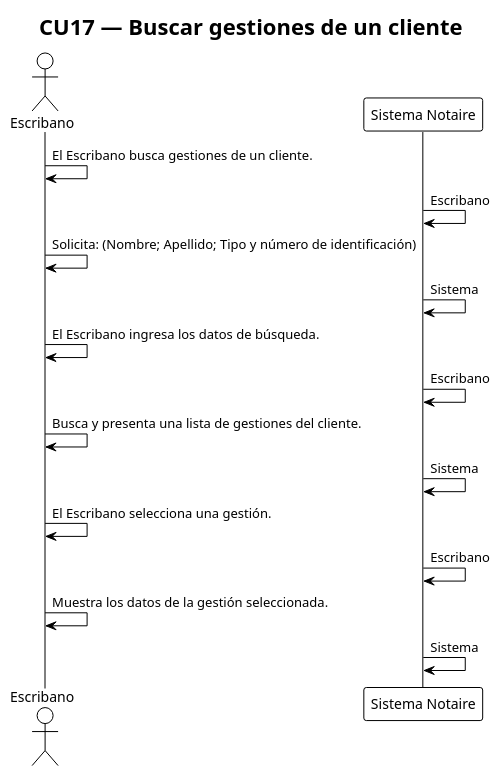
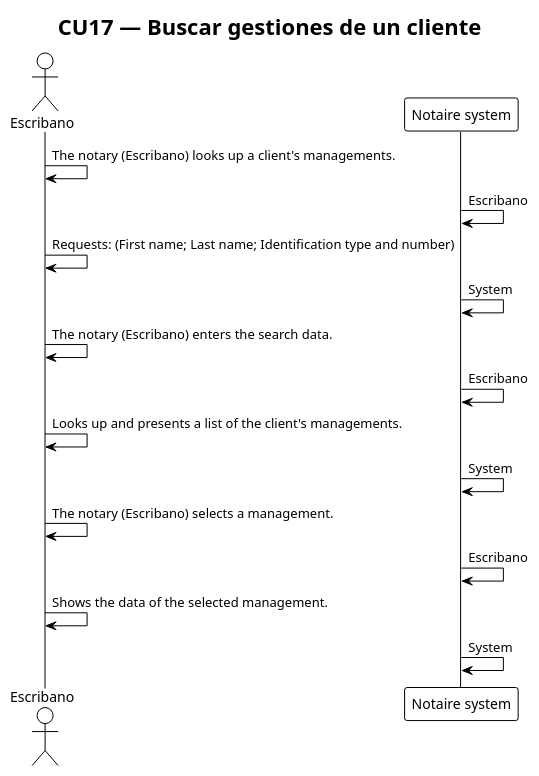
Before and after one commit to matiaspakua/notaire: the diagram in docs/200-architecture/204-diagrams/Secuencias/seq17-buscar-gestiones-de-un-cliente.puml, drawn with PlantUML. The commit also changed 165 other files, not shown here.

First line of the commit message:
[#1490] docs(architecture): write CU sequence steps in English (#1505)

```diff
--- a/docs/200-architecture/204-diagrams/Secuencias/seq17-buscar-gestiones-de-un-cliente.puml
+++ b/docs/200-architecture/204-diagrams/Secuencias/seq17-buscar-gestiones-de-un-cliente.puml
@@ -1,21 +1,21 @@
 @startuml cu17
 !theme plain
 title CU17 — Buscar gestiones de un cliente
 
 actor "Escribano" as Actor
-participant "Sistema Notaire" as Sistema
+participant "Notaire system" as System
 
-Actor -> Actor : El Escribano busca gestiones de un cliente.
-Sistema -> Sistema : Escribano
-Actor -> Actor : Solicita: (Nombre; Apellido; Tipo y número de identificación)
-Sistema -> Sistema : Sistema
-Actor -> Actor : El Escribano ingresa los datos de búsqueda.
-Sistema -> Sistema : Escribano
-Actor -> Actor : Busca y presenta una lista de gestiones del cliente.
-Sistema -> Sistema : Sistema
-Actor -> Actor : El Escribano selecciona una gestión.
-Sistema -> Sistema : Escribano
-Actor -> Actor : Muestra los datos de la gestión seleccionada.
-Sistema -> Sistema : Sistema
+Actor -> Actor : The notary (Escribano) looks up a client's managements.
+System -> System : Escribano
+Actor -> Actor : Requests: (First name; Last name; Identification type and number)
+System -> System : System
+Actor -> Actor : The notary (Escribano) enters the search data.
+System -> System : Escribano
+Actor -> Actor : Looks up and presents a list of the client's managements.
+System -> System : System
+Actor -> Actor : The notary (Escribano) selects a management.
+System -> System : Escribano
+Actor -> Actor : Shows the data of the selected management.
+System -> System : System
 
 @enduml
```
